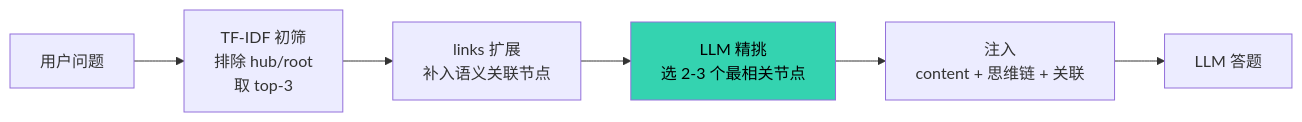
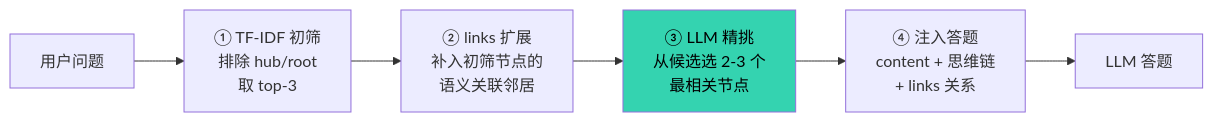
One commit to Baixiaodou/comm-knowledge-graph changed the third of 3 diagrams in README.md. Above: the diagram before and after it, drawn with Mermaid. The commit also changed other lines of this file, not shown here.

````diff
--- a/README.md
+++ b/README.md
@@ -80,9 +257,9 @@
 ```mermaid
 flowchart LR
-    Q[用户问题] --> A[TF-IDF 初筛<br/>排除 hub/root<br/>取 top-3]
-    A --> B[links 扩展<br/>补入语义关联节点]
-    B --> C[LLM 精挑<br/>选 2-3 个最相关节点]
-    C --> D[注入<br/>content + 思维链 + 关联]
+    Q[用户问题] --> A["① TF-IDF 初筛<br/>排除 hub/root<br/>取 top-3"]
+    A --> B["② links 扩展<br/>补入初筛节点的<br/>语义关联邻居"]
+    B --> C["③ LLM 精挑<br/>从候选选 2-3 个<br/>最相关节点"]
+    C --> D["④ 注入答题<br/>content + 思维链<br/>+ links 关系"]
     D --> E[LLM 答题]
     style C fill:#34d3b0,color:#000
 ```
````
